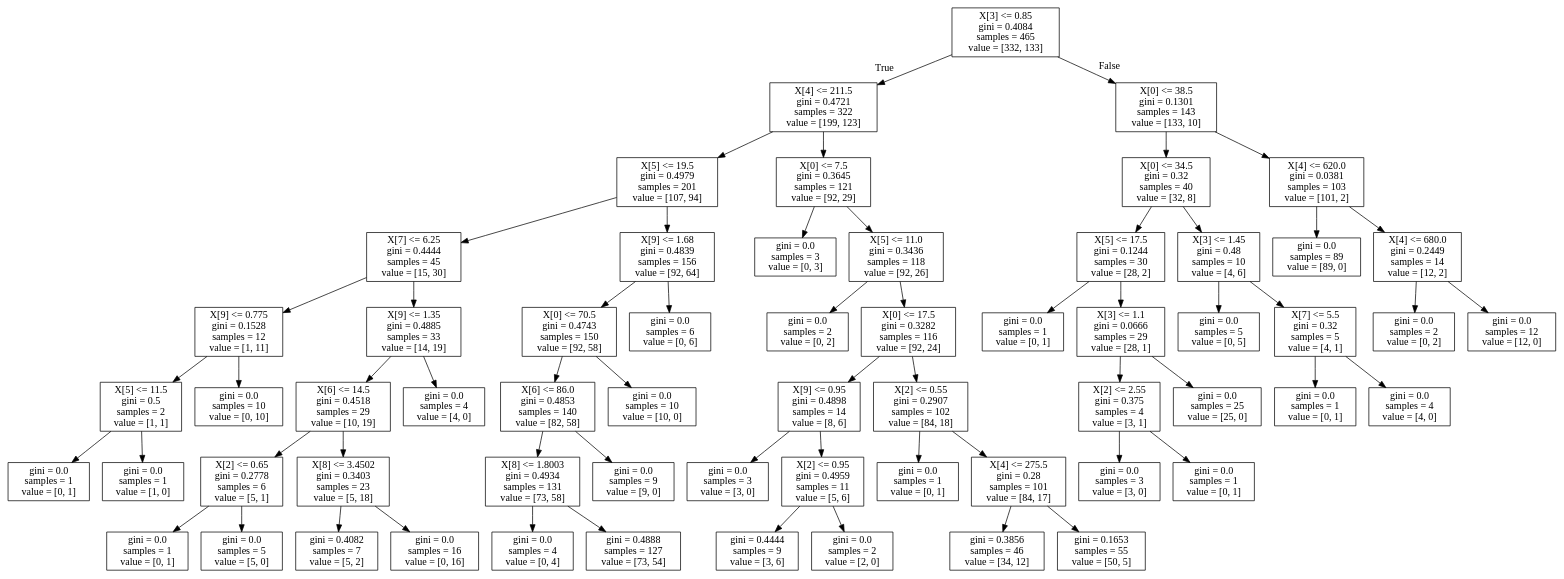
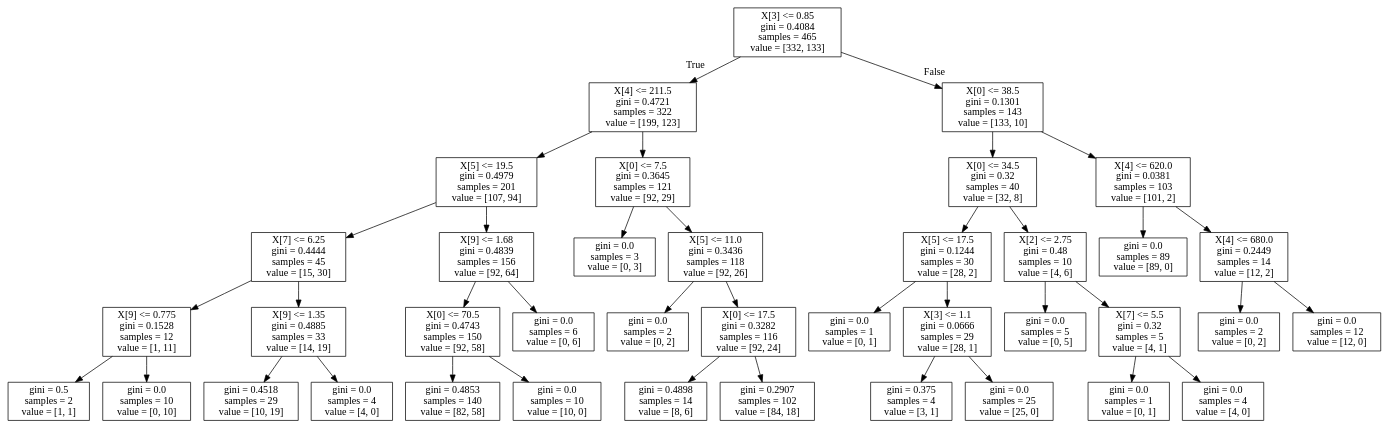
Before and after one commit to msuthar5/Machine-Learning: the diagram in python-based/classifiers/ipld.gv, drawn with Graphviz. The commit also changed 2 other files, not shown here.

```diff
--- a/python-based/classifiers/ipld.gv
+++ b/python-based/classifiers/ipld.gv
@@ -1,124 +1,80 @@
 digraph Tree {
 node [shape=box] ;
 0 [label="X[3] <= 0.85\ngini = 0.4084\nsamples = 465\nvalue = [332, 133]"] ;
 1 [label="X[4] <= 211.5\ngini = 0.4721\nsamples = 322\nvalue = [199, 123]"] ;
 0 -> 1 [labeldistance=2.5, labelangle=45, headlabel="True"] ;
 2 [label="X[5] <= 19.5\ngini = 0.4979\nsamples = 201\nvalue = [107, 94]"] ;
 1 -> 2 ;
 3 [label="X[7] <= 6.25\ngini = 0.4444\nsamples = 45\nvalue = [15, 30]"] ;
 2 -> 3 ;
 4 [label="X[9] <= 0.775\ngini = 0.1528\nsamples = 12\nvalue = [1, 11]"] ;
 3 -> 4 ;
-5 [label="X[5] <= 11.5\ngini = 0.5\nsamples = 2\nvalue = [1, 1]"] ;
+5 [label="gini = 0.5\nsamples = 2\nvalue = [1, 1]"] ;
 4 -> 5 ;
-6 [label="gini = 0.0\nsamples = 1\nvalue = [0, 1]"] ;
-5 -> 6 ;
-7 [label="gini = 0.0\nsamples = 1\nvalue = [1, 0]"] ;
-5 -> 7 ;
-8 [label="gini = 0.0\nsamples = 10\nvalue = [0, 10]"] ;
-4 -> 8 ;
-9 [label="X[9] <= 1.35\ngini = 0.4885\nsamples = 33\nvalue = [14, 19]"] ;
-3 -> 9 ;
-10 [label="X[6] <= 14.5\ngini = 0.4518\nsamples = 29\nvalue = [10, 19]"] ;
-9 -> 10 ;
-11 [label="X[2] <= 0.65\ngini = 0.2778\nsamples = 6\nvalue = [5, 1]"] ;
+6 [label="gini = 0.0\nsamples = 10\nvalue = [0, 10]"] ;
+4 -> 6 ;
+7 [label="X[9] <= 1.35\ngini = 0.4885\nsamples = 33\nvalue = [14, 19]"] ;
+3 -> 7 ;
+8 [label="gini = 0.4518\nsamples = 29\nvalue = [10, 19]"] ;
+7 -> 8 ;
+9 [label="gini = 0.0\nsamples = 4\nvalue = [4, 0]"] ;
+7 -> 9 ;
+10 [label="X[9] <= 1.68\ngini = 0.4839\nsamples = 156\nvalue = [92, 64]"] ;
+2 -> 10 ;
+11 [label="X[0] <= 70.5\ngini = 0.4743\nsamples = 150\nvalue = [92, 58]"] ;
 10 -> 11 ;
-12 [label="gini = 0.0\nsamples = 1\nvalue = [0, 1]"] ;
+12 [label="gini = 0.4853\nsamples = 140\nvalue = [82, 58]"] ;
 11 -> 12 ;
-13 [label="gini = 0.0\nsamples = 5\nvalue = [5, 0]"] ;
+13 [label="gini = 0.0\nsamples = 10\nvalue = [10, 0]"] ;
 11 -> 13 ;
-14 [label="X[8] <= 3.4502\ngini = 0.3403\nsamples = 23\nvalue = [5, 18]"] ;
+14 [label="gini = 0.0\nsamples = 6\nvalue = [0, 6]"] ;
 10 -> 14 ;
-15 [label="gini = 0.4082\nsamples = 7\nvalue = [5, 2]"] ;
-14 -> 15 ;
-16 [label="gini = 0.0\nsamples = 16\nvalue = [0, 16]"] ;
-14 -> 16 ;
-17 [label="gini = 0.0\nsamples = 4\nvalue = [4, 0]"] ;
-9 -> 17 ;
-18 [label="X[9] <= 1.68\ngini = 0.4839\nsamples = 156\nvalue = [92, 64]"] ;
-2 -> 18 ;
-19 [label="X[0] <= 70.5\ngini = 0.4743\nsamples = 150\nvalue = [92, 58]"] ;
-18 -> 19 ;
-20 [label="X[6] <= 86.0\ngini = 0.4853\nsamples = 140\nvalue = [82, 58]"] ;
+15 [label="X[0] <= 7.5\ngini = 0.3645\nsamples = 121\nvalue = [92, 29]"] ;
+1 -> 15 ;
+16 [label="gini = 0.0\nsamples = 3\nvalue = [0, 3]"] ;
+15 -> 16 ;
+17 [label="X[5] <= 11.0\ngini = 0.3436\nsamples = 118\nvalue = [92, 26]"] ;
+15 -> 17 ;
+18 [label="gini = 0.0\nsamples = 2\nvalue = [0, 2]"] ;
+17 -> 18 ;
+19 [label="X[0] <= 17.5\ngini = 0.3282\nsamples = 116\nvalue = [92, 24]"] ;
+17 -> 19 ;
+20 [label="gini = 0.4898\nsamples = 14\nvalue = [8, 6]"] ;
 19 -> 20 ;
-21 [label="X[8] <= 1.8003\ngini = 0.4934\nsamples = 131\nvalue = [73, 58]"] ;
-20 -> 21 ;
-22 [label="gini = 0.0\nsamples = 4\nvalue = [0, 4]"] ;
-21 -> 22 ;
-23 [label="gini = 0.4888\nsamples = 127\nvalue = [73, 54]"] ;
-21 -> 23 ;
-24 [label="gini = 0.0\nsamples = 9\nvalue = [9, 0]"] ;
-20 -> 24 ;
-25 [label="gini = 0.0\nsamples = 10\nvalue = [10, 0]"] ;
-19 -> 25 ;
-26 [label="gini = 0.0\nsamples = 6\nvalue = [0, 6]"] ;
-18 -> 26 ;
-27 [label="X[0] <= 7.5\ngini = 0.3645\nsamples = 121\nvalue = [92, 29]"] ;
-1 -> 27 ;
-28 [label="gini = 0.0\nsamples = 3\nvalue = [0, 3]"] ;
-27 -> 28 ;
-29 [label="X[5] <= 11.0\ngini = 0.3436\nsamples = 118\nvalue = [92, 26]"] ;
-27 -> 29 ;
-30 [label="gini = 0.0\nsamples = 2\nvalue = [0, 2]"] ;
+21 [label="gini = 0.2907\nsamples = 102\nvalue = [84, 18]"] ;
+19 -> 21 ;
+22 [label="X[0] <= 38.5\ngini = 0.1301\nsamples = 143\nvalue = [133, 10]"] ;
+0 -> 22 [labeldistance=2.5, labelangle=-45, headlabel="False"] ;
+23 [label="X[0] <= 34.5\ngini = 0.32\nsamples = 40\nvalue = [32, 8]"] ;
+22 -> 23 ;
+24 [label="X[5] <= 17.5\ngini = 0.1244\nsamples = 30\nvalue = [28, 2]"] ;
+23 -> 24 ;
+25 [label="gini = 0.0\nsamples = 1\nvalue = [0, 1]"] ;
+24 -> 25 ;
+26 [label="X[3] <= 1.1\ngini = 0.0666\nsamples = 29\nvalue = [28, 1]"] ;
+24 -> 26 ;
+27 [label="gini = 0.375\nsamples = 4\nvalue = [3, 1]"] ;
+26 -> 27 ;
+28 [label="gini = 0.0\nsamples = 25\nvalue = [25, 0]"] ;
+26 -> 28 ;
+29 [label="X[2] <= 2.75\ngini = 0.48\nsamples = 10\nvalue = [4, 6]"] ;
+23 -> 29 ;
+30 [label="gini = 0.0\nsamples = 5\nvalue = [0, 5]"] ;
 29 -> 30 ;
-31 [label="X[0] <= 17.5\ngini = 0.3282\nsamples = 116\nvalue = [92, 24]"] ;
+31 [label="X[7] <= 5.5\ngini = 0.32\nsamples = 5\nvalue = [4, 1]"] ;
 29 -> 31 ;
-32 [label="X[9] <= 0.95\ngini = 0.4898\nsamples = 14\nvalue = [8, 6]"] ;
+32 [label="gini = 0.0\nsamples = 1\nvalue = [0, 1]"] ;
 31 -> 32 ;
-33 [label="gini = 0.0\nsamples = 3\nvalue = [3, 0]"] ;
-32 -> 33 ;
-34 [label="X[2] <= 0.95\ngini = 0.4959\nsamples = 11\nvalue = [5, 6]"] ;
-32 -> 34 ;
-35 [label="gini = 0.4444\nsamples = 9\nvalue = [3, 6]"] ;
+33 [label="gini = 0.0\nsamples = 4\nvalue = [4, 0]"] ;
+31 -> 33 ;
+34 [label="X[4] <= 620.0\ngini = 0.0381\nsamples = 103\nvalue = [101, 2]"] ;
+22 -> 34 ;
+35 [label="gini = 0.0\nsamples = 89\nvalue = [89, 0]"] ;
 34 -> 35 ;
-36 [label="gini = 0.0\nsamples = 2\nvalue = [2, 0]"] ;
+36 [label="X[4] <= 680.0\ngini = 0.2449\nsamples = 14\nvalue = [12, 2]"] ;
 34 -> 36 ;
-37 [label="X[2] <= 0.55\ngini = 0.2907\nsamples = 102\nvalue = [84, 18]"] ;
-31 -> 37 ;
-38 [label="gini = 0.0\nsamples = 1\nvalue = [0, 1]"] ;
-37 -> 38 ;
-39 [label="X[4] <= 275.5\ngini = 0.28\nsamples = 101\nvalue = [84, 17]"] ;
-37 -> 39 ;
-40 [label="gini = 0.3856\nsamples = 46\nvalue = [34, 12]"] ;
-39 -> 40 ;
-41 [label="gini = 0.1653\nsamples = 55\nvalue = [50, 5]"] ;
-39 -> 41 ;
-42 [label="X[0] <= 38.5\ngini = 0.1301\nsamples = 143\nvalue = [133, 10]"] ;
-0 -> 42 [labeldistance=2.5, labelangle=-45, headlabel="False"] ;
-43 [label="X[0] <= 34.5\ngini = 0.32\nsamples = 40\nvalue = [32, 8]"] ;
-42 -> 43 ;
-44 [label="X[5] <= 17.5\ngini = 0.1244\nsamples = 30\nvalue = [28, 2]"] ;
-43 -> 44 ;
-45 [label="gini = 0.0\nsamples = 1\nvalue = [0, 1]"] ;
-44 -> 45 ;
-46 [label="X[3] <= 1.1\ngini = 0.0666\nsamples = 29\nvalue = [28, 1]"] ;
-44 -> 46 ;
-47 [label="X[2] <= 2.55\ngini = 0.375\nsamples = 4\nvalue = [3, 1]"] ;
-46 -> 47 ;
-48 [label="gini = 0.0\nsamples = 3\nvalue = [3, 0]"] ;
-47 -> 48 ;
-49 [label="gini = 0.0\nsamples = 1\nvalue = [0, 1]"] ;
-47 -> 49 ;
-50 [label="gini = 0.0\nsamples = 25\nvalue = [25, 0]"] ;
-46 -> 50 ;
-51 [label="X[3] <= 1.45\ngini = 0.48\nsamples = 10\nvalue = [4, 6]"] ;
-43 -> 51 ;
-52 [label="gini = 0.0\nsamples = 5\nvalue = [0, 5]"] ;
-51 -> 52 ;
-53 [label="X[7] <= 5.5\ngini = 0.32\nsamples = 5\nvalue = [4, 1]"] ;
-51 -> 53 ;
-54 [label="gini = 0.0\nsamples = 1\nvalue = [0, 1]"] ;
-53 -> 54 ;
-55 [label="gini = 0.0\nsamples = 4\nvalue = [4, 0]"] ;
-53 -> 55 ;
-56 [label="X[4] <= 620.0\ngini = 0.0381\nsamples = 103\nvalue = [101, 2]"] ;
-42 -> 56 ;
-57 [label="gini = 0.0\nsamples = 89\nvalue = [89, 0]"] ;
-56 -> 57 ;
-58 [label="X[4] <= 680.0\ngini = 0.2449\nsamples = 14\nvalue = [12, 2]"] ;
-56 -> 58 ;
-59 [label="gini = 0.0\nsamples = 2\nvalue = [0, 2]"] ;
-58 -> 59 ;
-60 [label="gini = 0.0\nsamples = 12\nvalue = [12, 0]"] ;
-58 -> 60 ;
+37 [label="gini = 0.0\nsamples = 2\nvalue = [0, 2]"] ;
+36 -> 37 ;
+38 [label="gini = 0.0\nsamples = 12\nvalue = [12, 0]"] ;
+36 -> 38 ;
 }
```
